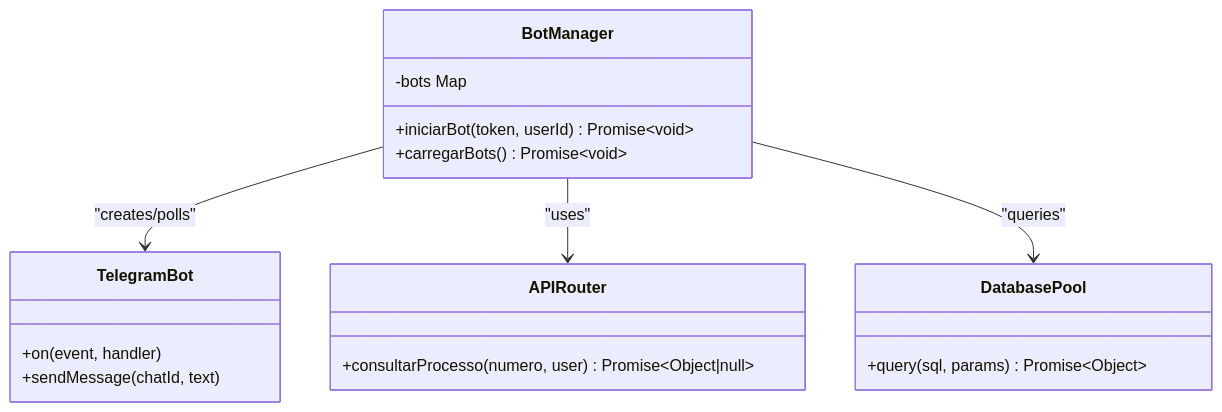
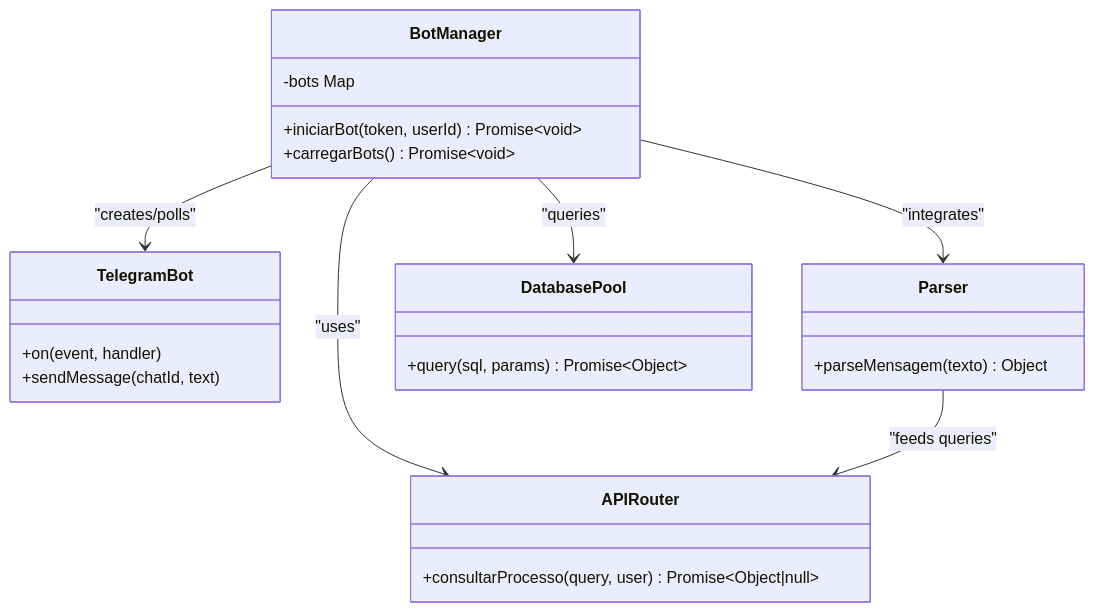
Before and after one commit to Alexandrexicara/bot-processos: the fifth of 9 diagrams in .qoder/repowiki/en/content/Architecture Overview/System Components.md, drawn with Mermaid. The commit also changed other lines of this file and 10 other files, not shown here.

````diff
--- a/.qoder/repowiki/en/content/Architecture Overview/System Components.md
+++ b/.qoder/repowiki/en/content/Architecture Overview/System Components.md
@@ -442,21 +546,26 @@
 ```mermaid
 classDiagram
 class BotManager {
 +iniciarBot(token, userId) Promise~void~
 +carregarBots() Promise~void~
 -bots Map
 }
 class TelegramBot {
 +on(event, handler)
 +sendMessage(chatId, text)
 }
 class APIRouter {
-+consultarProcesso(numero, user) Promise~Object|null~
++consultarProcesso(query, user) Promise~Object|null~
+}
+class Parser {
++parseMensagem(texto) Object
 }
 class DatabasePool {
 +query(sql, params) Promise~Object~
 }
 BotManager --> TelegramBot : "creates/polls"
 BotManager --> APIRouter : "uses"
+BotManager --> Parser : "integrates"
 BotManager --> DatabasePool : "queries"
+Parser --> APIRouter : "feeds queries"
 ```
````
